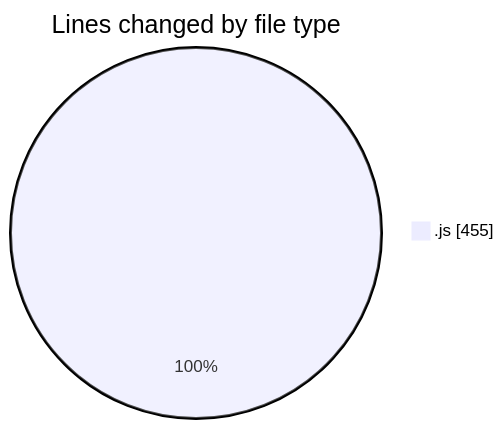
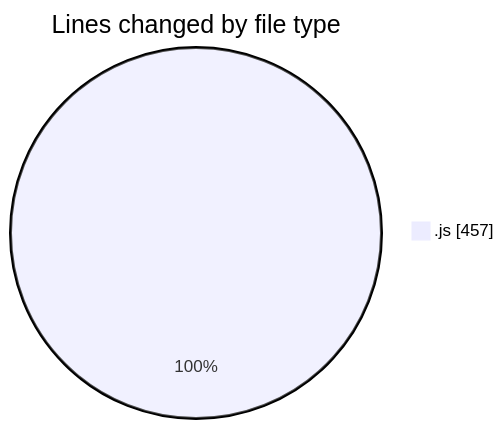
One commit to momahboobian/code-tracking changed the first of 2 diagrams in 2025-03-11/cda/README.md. Above: the diagram before and after it, drawn with Mermaid. The commit also changed other lines of this file and 1 other file, not shown here.

````diff
--- a/2025-03-11/cda/README.md
+++ b/2025-03-11/cda/README.md
@@ -25,5 +25,5 @@
 ```mermaid
 pie showData
 title Lines changed by file type
-".js" : 455
+".js" : 457
 ```
````
